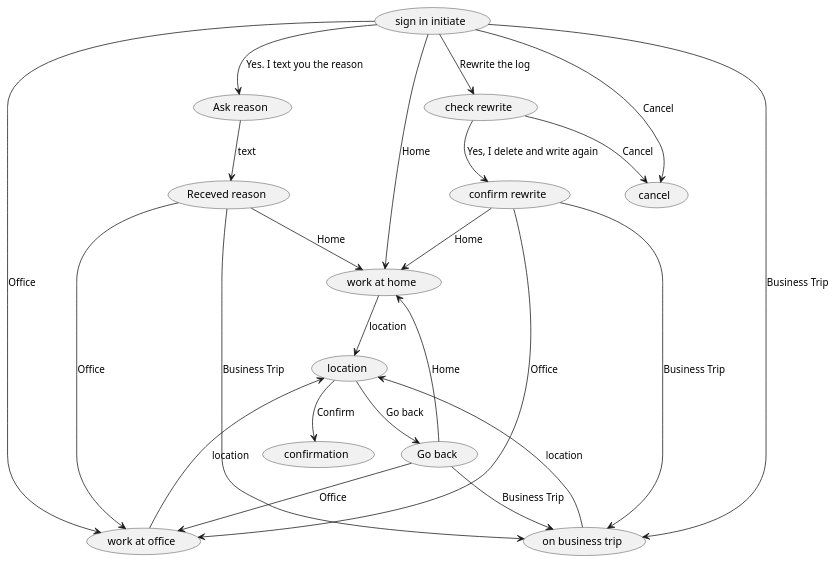
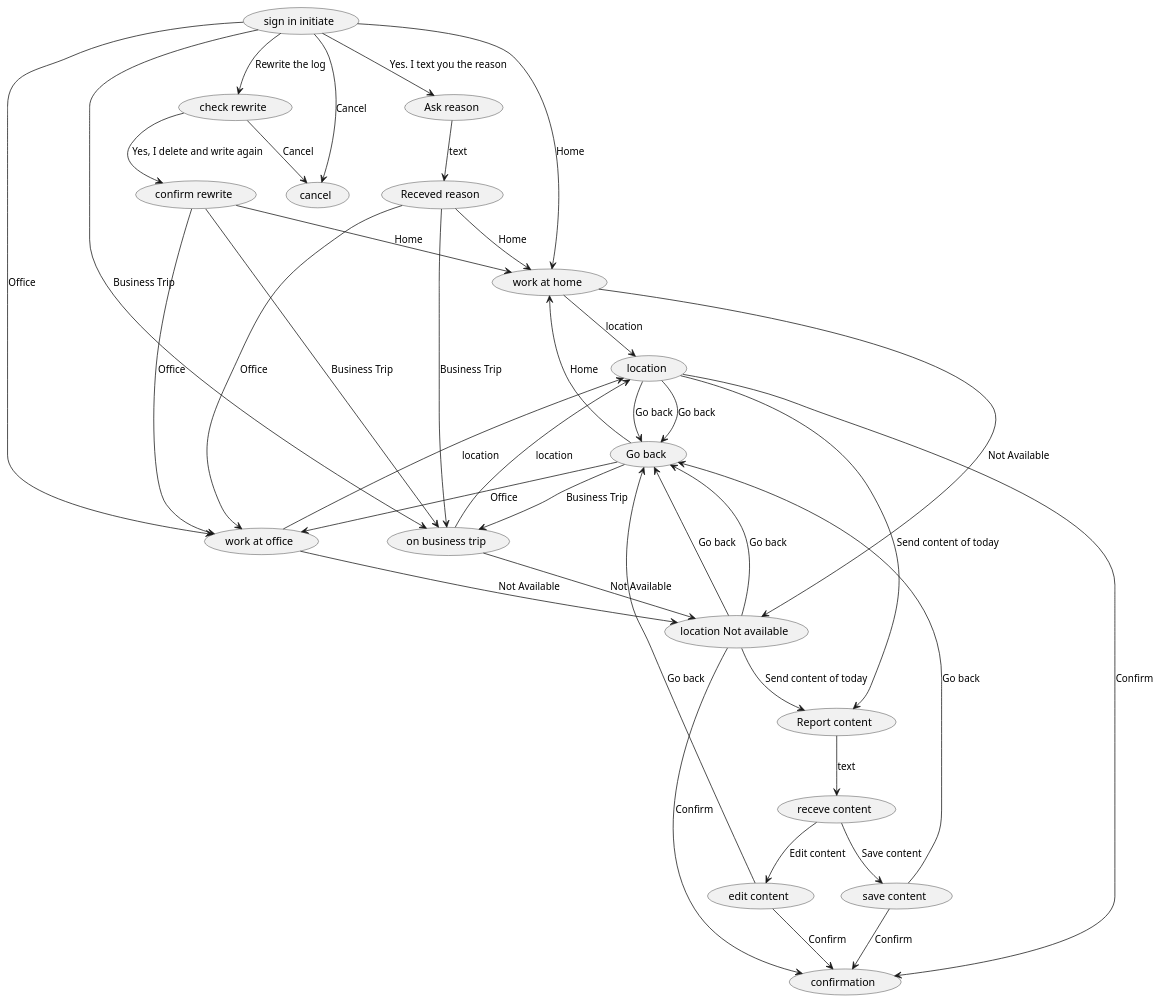
Before and after one commit to JunDamin/telegram_bot_with_django: the diagram in telegram_bot/diagrams/tree_sign_in.wsd, drawn with PlantUML. The commit also changed 4 other files, not shown here.

```diff
--- a/telegram_bot/diagrams/tree_sign_in.wsd
+++ b/telegram_bot/diagrams/tree_sign_in.wsd
@@ -1,27 +1,43 @@
 @startuml
 'default
 top to bottom direction
 (sign in initiate) --> (work at home): Home
 (sign in initiate) --> (work at office): Office
 (sign in initiate) --> (on business trip): Business Trip
 (sign in initiate) --> (check rewrite): Rewrite the log
 (sign in initiate) --> (cancel): Cancel
 (sign in initiate) --> (Ask reason): Yes. I text you the reason
 (work at home) --> (location): location
+(work at home) --> (location Not available): Not Available
 (location) --> (confirmation): Confirm
+(location) --> (Go back): Go back
+(location) --> (Report content): Send content of today
 (location) --> (Go back): Go back
 (Go back) --> (work at home): Home
 (Go back) --> (work at office): Office
 (Go back) --> (on business trip): Business Trip
 (work at office) --> (location): location
+(work at office) --> (location Not available): Not Available
+(location Not available) --> (confirmation): Confirm
+(location Not available) --> (Go back): Go back
+(location Not available) --> (Report content): Send content of today
+(location Not available) --> (Go back): Go back
+(Report content) --> (receve content): text
+(receve content) --> (save content): Save content
+(receve content) --> (edit content): Edit content
+(save content) --> (confirmation): Confirm
+(save content) --> (Go back): Go back
+(edit content) --> (confirmation): Confirm
+(edit content) --> (Go back): Go back
 (on business trip) --> (location): location
+(on business trip) --> (location Not available): Not Available
 (check rewrite) --> (confirm rewrite): Yes, I delete and write again
 (check rewrite) --> (cancel): Cancel
 (confirm rewrite) --> (work at home): Home
 (confirm rewrite) --> (work at office): Office
 (confirm rewrite) --> (on business trip): Business Trip
 (Ask reason) --> (Receved reason): text
 (Receved reason) --> (work at home): Home
 (Receved reason) --> (work at office): Office
 (Receved reason) --> (on business trip): Business Trip
 @enduml
```
